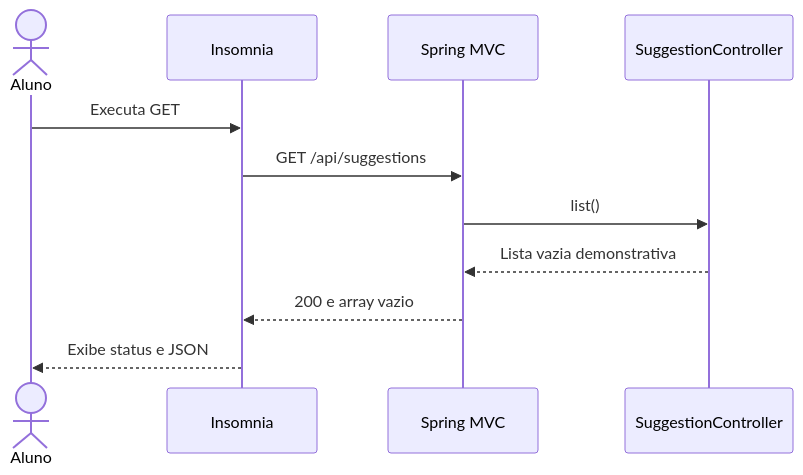
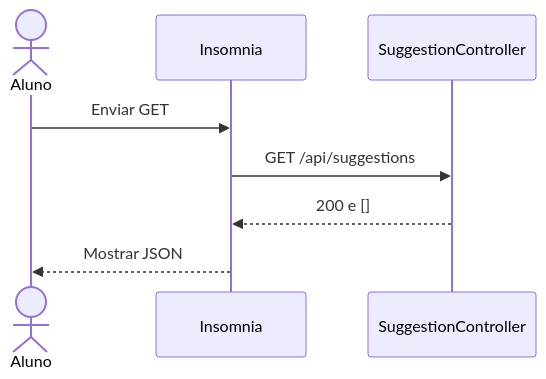
One commit to e24Dev/CaixaDeSugestoes changed the diagram in docs/02-api-rest.md. Above: the diagram before and after it, drawn with Mermaid. The commit also changed other lines of this file and 17 other files, not shown here.

````diff
--- a/docs/02-api-rest.md
+++ b/docs/02-api-rest.md
@@ -15,13 +13,10 @@
 ```mermaid
 sequenceDiagram
     actor Aluno
-    participant Insomnia
-    participant MVC as Spring MVC
+    participant Cliente as Insomnia
     participant Controller as SuggestionController
-    Aluno->>Insomnia: Executa GET
-    Insomnia->>MVC: GET /api/suggestions
-    MVC->>Controller: list()
-    Controller-->>MVC: Lista vazia demonstrativa
-    MVC-->>Insomnia: 200 e array vazio
-    Insomnia-->>Aluno: Exibe status e JSON
+    Aluno->>Cliente: Enviar GET
+    Cliente->>Controller: GET /api/suggestions
+    Controller-->>Cliente: 200 e []
+    Cliente-->>Aluno: Mostrar JSON
 ```
````
